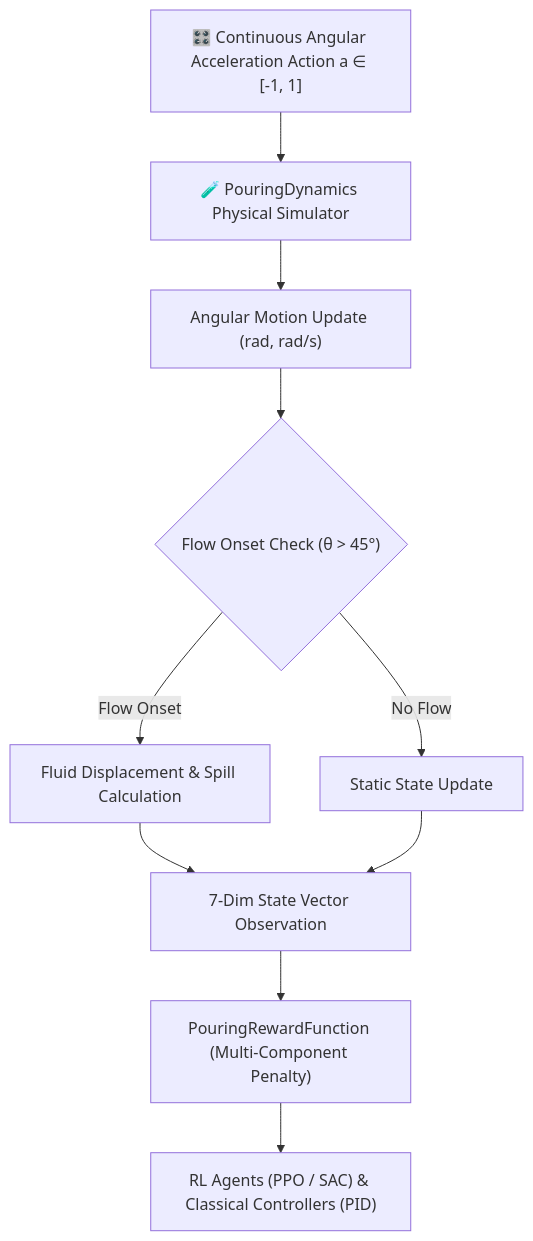
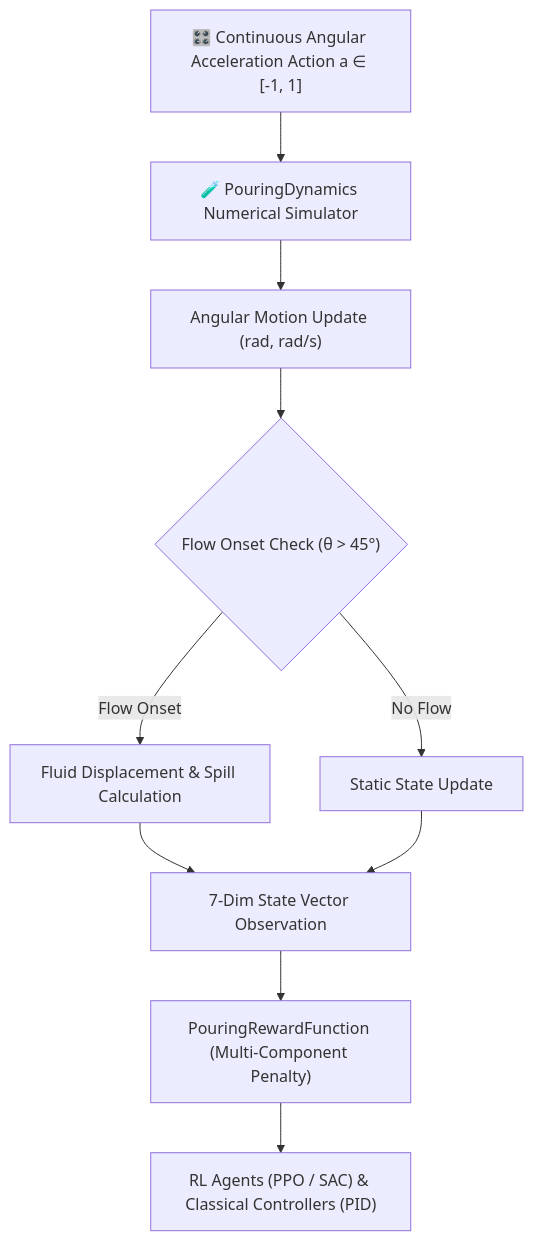
The diagram in README.md (shivangisrivastava013/Robotic-Pouring-Motion-Control), drawn with Mermaid before and after one commit. The commit also changed other lines of this file and 13 other files, not shown here.

Commit message:
feat: calibrate pouring dynamics, achieve 100% controller success rate, update provenance & README benchmark

````diff
--- a/README.md
+++ b/README.md
@@ -15,12 +15,12 @@
 ```mermaid
 flowchart TD
-    A["🎛️ Continuous Angular Acceleration Action a ∈ [-1, 1]"] --> B["🧪 PouringDynamics Physical Simulator"]
+    A["🎛️ Continuous Angular Acceleration Action a ∈ [-1, 1]"] --> B["🧪 PouringDynamics Numerical Simulator"]
     B --> C["Angular Motion Update (rad, rad/s)"]
     C --> D{"Flow Onset Check (θ > 45°)"}
     D -->|"Flow Onset"| E["Fluid Displacement & Spill Calculation"]
     D -->|"No Flow"| F["Static State Update"]
     E --> G["7-Dim State Vector Observation"]
     F --> G
     G --> H["PouringRewardFunction (Multi-Component Penalty)"]
     H --> I["RL Agents (PPO / SAC) & Classical Controllers (PID)"]
 ```
````
